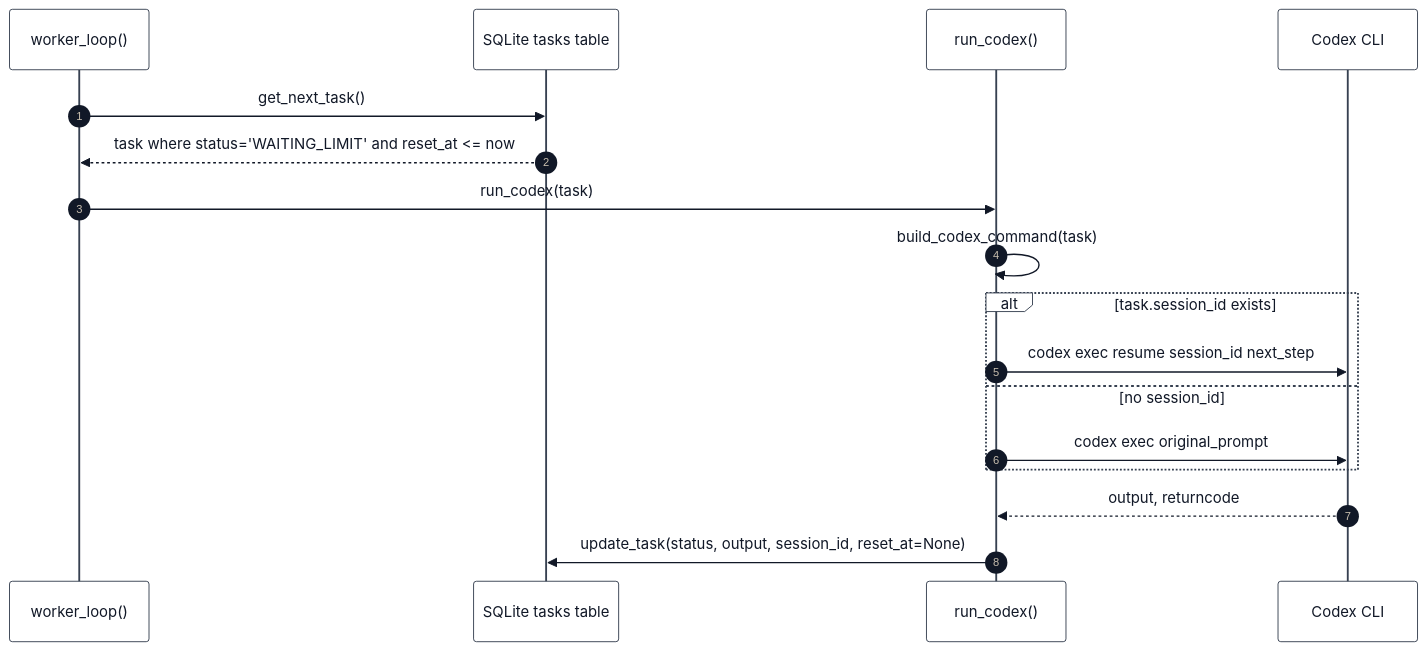
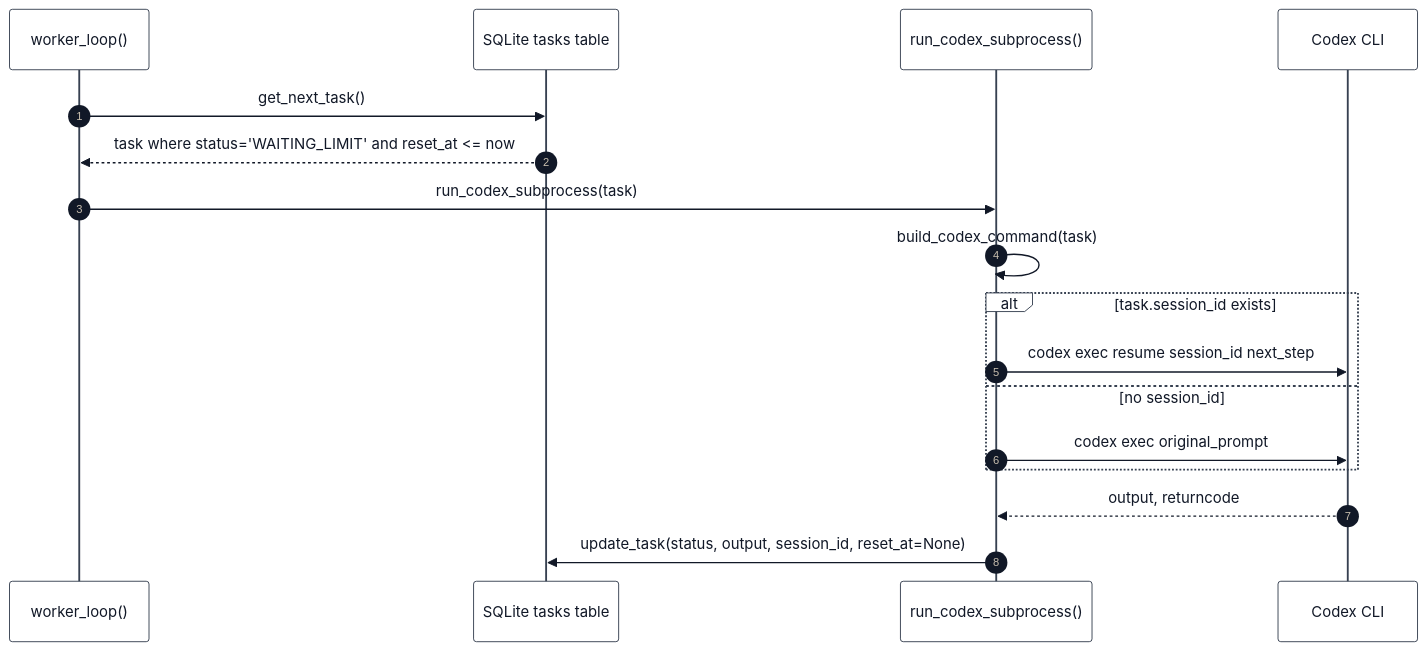
The third of 10 diagrams in docs/SEQUENCE_DIAGRAMS.md (kinderp/durex), drawn with Mermaid before and after one commit. The commit also changed other lines of this file, not shown here.

First line of the commit message:
Expand sequence diagram documentation

````diff
--- a/docs/SEQUENCE_DIAGRAMS.md
+++ b/docs/SEQUENCE_DIAGRAMS.md
@@ -94,21 +204,21 @@
 ```mermaid
 %%{init: {"theme": "base", "themeVariables": {"primaryColor": "#ffffff", "primaryTextColor": "#111827", "primaryBorderColor": "#374151", "lineColor": "#374151", "secondaryColor": "#f3f4f6", "tertiaryColor": "#ffffff", "textColor": "#111827", "mainBkg": "#ffffff", "nodeBorder": "#374151", "clusterBkg": "#f9fafb", "clusterBorder": "#9ca3af", "edgeLabelBackground": "#ffffff", "actorBkg": "#ffffff", "actorBorder": "#374151", "actorTextColor": "#111827", "activationBkgColor": "#e5e7eb", "activationBorderColor": "#374151", "signalColor": "#111827", "signalTextColor": "#111827", "noteBkgColor": "#fef3c7", "noteTextColor": "#111827", "noteBorderColor": "#92400e"}}}%%
 sequenceDiagram
     autonumber
     participant Worker as worker_loop()
     participant DB as SQLite tasks table
-    participant Runner as run_codex()
+    participant Runner as run_codex_subprocess()
     participant Codex as Codex CLI
 
     Worker->>DB: get_next_task()
     DB-->>Worker: task where status='WAITING_LIMIT' and reset_at <= now
-    Worker->>Runner: run_codex(task)
+    Worker->>Runner: run_codex_subprocess(task)
     Runner->>Runner: build_codex_command(task)
     alt task.session_id exists
         Runner->>Codex: codex exec resume session_id next_step
     else no session_id
         Runner->>Codex: codex exec original_prompt
     end
     Codex-->>Runner: output, returncode
     Runner->>DB: update_task(status, output, session_id, reset_at=None)
 ```
````
